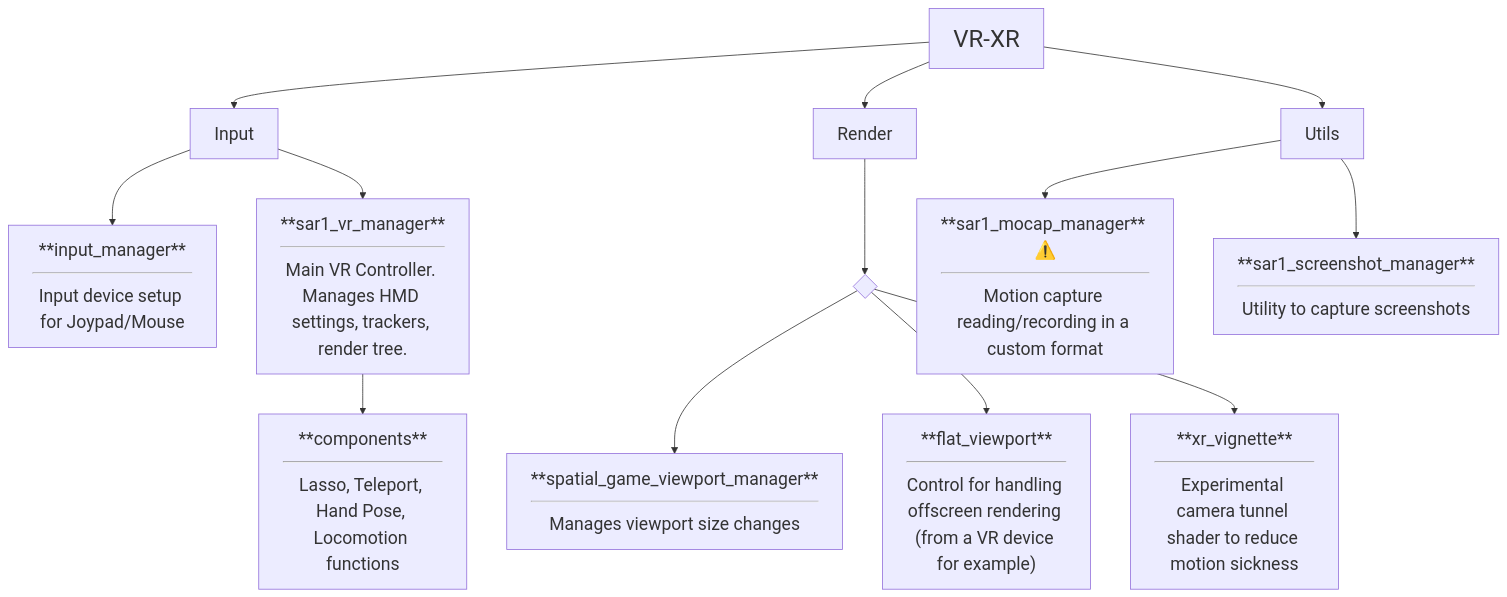
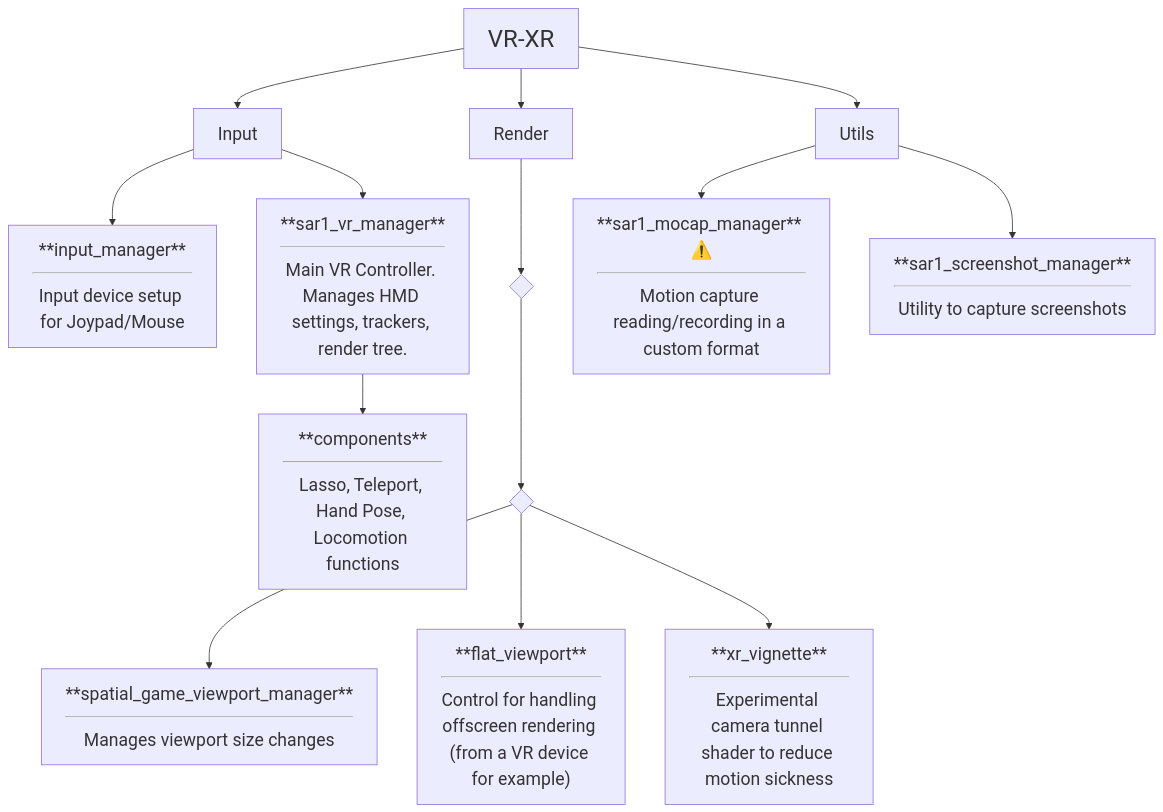
One commit to dragonhunt02/v-sekai-game changed the sixth of 8 diagrams in test2.md. Above: the diagram before and after it, drawn with Mermaid.

````diff
--- a/test2.md
+++ b/test2.md
@@ -85,20 +85,21 @@
 ```mermaid
 %%{init: {'themeVariables': { 'fontSize': '22px' }}}%%
 flowchart TD
         VR-XR --> Input
         Input --> addon23[**input_manager**<hr>Input device setup for Joypad/Mouse]
         Input --> addon24[**sar1_vr_manager**<hr>Main VR Controller. Manages HMD settings, trackers, render tree.]
             addon24 --> dir1[**components**<hr>Lasso, Teleport, Hand Pose, Locomotion functions]
         VR-XR --> Render
             Render --> ctrl1{" "}
-            ctrl1 --> addon25[**spatial_game_viewport_manager**<hr>Manages viewport size changes]
-            ctrl1 --> addon26["**flat_viewport**<hr>Control for handling offscreen rendering (from a VR device for example)"]
-            ctrl1 --> addon27[**xr_vignette**<hr>Experimental camera tunnel shader to reduce motion sickness]
+            ctrl1 --> ctrl2{" "}
+            ctrl2 --> addon25[**spatial_game_viewport_manager**<hr>Manages viewport size changes]
+            ctrl2 --> addon26["**flat_viewport**<hr>Control for handling offscreen rendering (from a VR device for example)"]
+            ctrl2 --> addon27[**xr_vignette**<hr>Experimental camera tunnel shader to reduce motion sickness]
         VR-XR --> Utils
             Utils --> addon28[**sar1_mocap_manager** ⚠️<hr>Motion capture reading/recording in a custom format]
             Utils --> addon29[**sar1_screenshot_manager**<hr>Utility to capture screenshots]
 
     classDef Category font-size:30px
     class VR-XR Category
 
 ```
````
